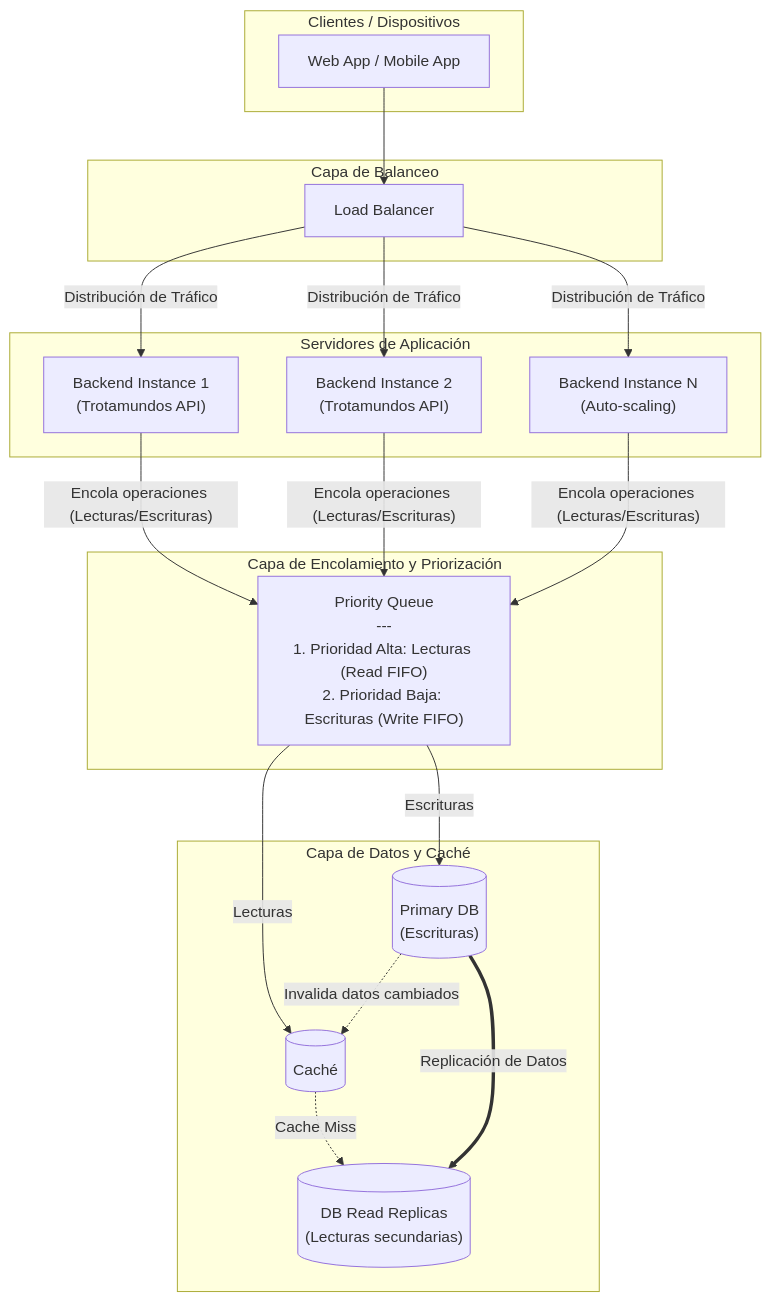
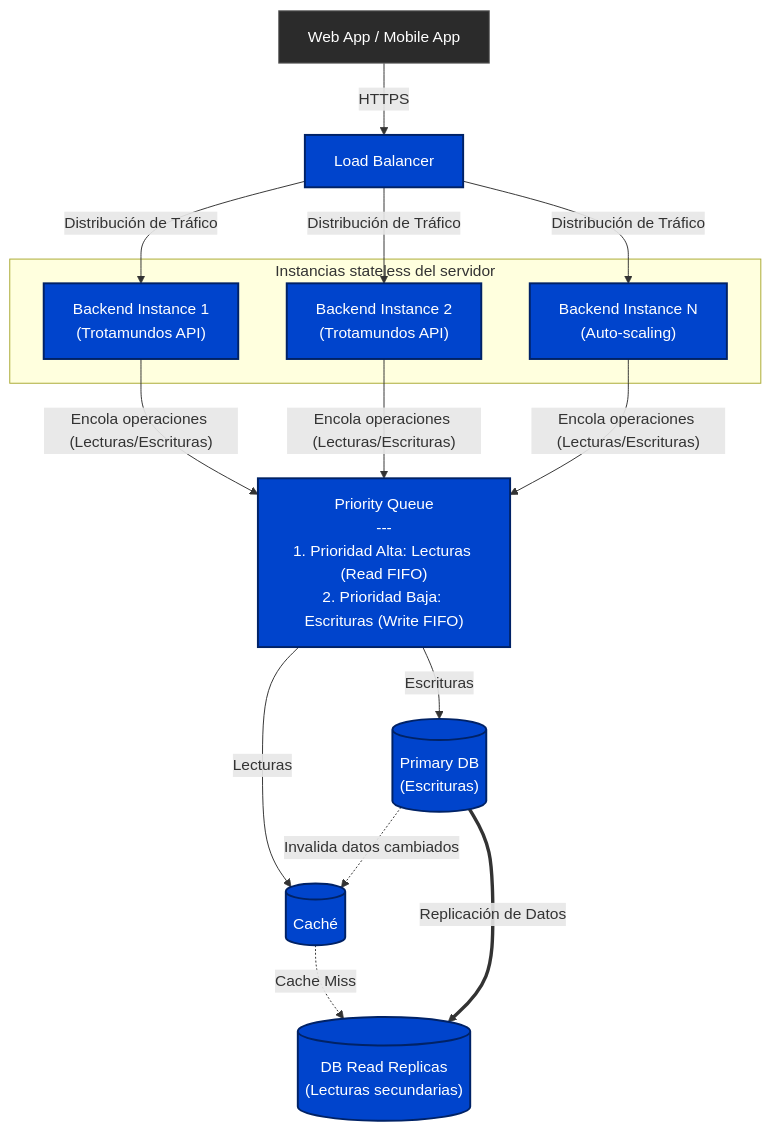
The second of 2 diagrams in docs/02-add/iteracion-3.md (nicolas-wai/trotamundos), drawn with Mermaid before and after one commit. The commit also changed other lines of this file and 15 other files, not shown here.

````diff
--- a/docs/02-add/iteracion-3.md
+++ b/docs/02-add/iteracion-3.md
@@ -66,54 +65,48 @@
 ```mermaid
 flowchart TD
-    %% Clientes externos
-    subgraph Clients["Clientes / Dispositivos"]
-        WebUI["Web App / Mobile App"]
-    end
+    %% Clientes externos (no es un componente propio en ejecución, va con estilo neutro)
+    WebUI["Web App / Mobile App"]
 
-    %% Capa de Entrada y Escalabilidad
-    subgraph EdgeLayer["Capa de Balanceo"]
-        LB["Load Balancer"]
-    end
+    %% Balanceador de carga
+    LB["Load Balancer"]
 
-    %% Capa de Backend / Servidores en Réplicas
-    subgraph ApplicationTier["Servidores de Aplicación"]
+    %% Recuadro exclusivo para agrupar las instancias stateless
+    subgraph SRV ["Instancias stateless del servidor"]
         S1["Backend Instance 1<br/>(Trotamundos API)"]
         S2["Backend Instance 2<br/>(Trotamundos API)"]
         Sn["Backend Instance N<br/>(Auto-scaling)"]
     end
 
-    %% Capa de Encolamiento y Priorización
-    subgraph QueueTier["Capa de Encolamiento y Priorización"]
-        Queue["Priority Queue<br/>---<br/>1. Prioridad Alta: Lecturas (Read FIFO)<br/>2. Prioridad Baja: Escrituras (Write FIFO)"]
-    end
+    %% Cola de priorización
+    Queue["Priority Queue<br/>---<br/>1. Prioridad Alta: Lecturas (Read FIFO)<br/>2. Prioridad Baja: Escrituras (Write FIFO)"]
 
-    %% Capa de Rendimiento, Caché y Persistencia
-    subgraph DataTier["Capa de Datos y Caché"]
-        Cache[("Caché")]
-        DB_Primary[("Primary DB<br/>(Escrituras)")]
-        DB_Replica[("DB Read Replicas<br/>(Lecturas secundarias)")]
-    end
+    %% Almacenes de datos (todos en forma de cilindro)
+    Cache[("Caché")]
+    DB_Primary[("Primary DB<br/>(Escrituras)")]
+    DB_Replica[("DB Read Replicas<br/>(Lecturas secundarias)")]
 
-    %% Flujos y Conexiones
-
-    %% 1. Tráfico de entrada
-    WebUI --> LB
+    %% Flujos y Conexiones (Líneas continuas = sincrónicas)
+    WebUI -->|"HTTPS"| LB
     LB -->|"Distribución de Tráfico"| S1
     LB -->|"Distribución de Tráfico"| S2
     LB -->|"Distribución de Tráfico"| Sn
 
-    %% 2. Envío a la cola de priorización
     S1 & S2 & Sn -->|"Encola operaciones (Lecturas/Escrituras)"| Queue
 
-    %% 3. Procesamiento de la cola según reglas
     Queue -->|"Lecturas"| Cache
     Queue -->|"Escrituras"| DB_Primary
 
-    %% 4. Invalidación de caché en escrituras
+    %% Líneas punteadas (Cache miss e invalidación)
     DB_Primary -.->|"Invalida datos cambiados"| Cache
+    Cache -.->|"Cache Miss"| DB_Replica
 
-    %% 5. Respaldo de lectura y replicación
-    Cache -.->|"Cache Miss"| DB_Replica
+    %% Línea doble (Replicación)
     DB_Primary ==>|"Replicación de Datos"| DB_Replica
 
+    %% Aplicación de estilos según leyenda
+    classDef propio fill:#0044cc,stroke:#002266,stroke-width:2px,color:#ffffff;
+    classDef externo fill:#2b2b2b,stroke:#666666,stroke-width:1px,color:#ffffff;
+
+    class WebUI externo;
+    class LB,S1,S2,Sn,Queue,Cache,DB_Primary,DB_Replica propio;
 ```
````
